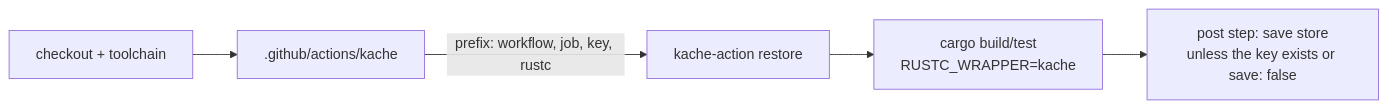
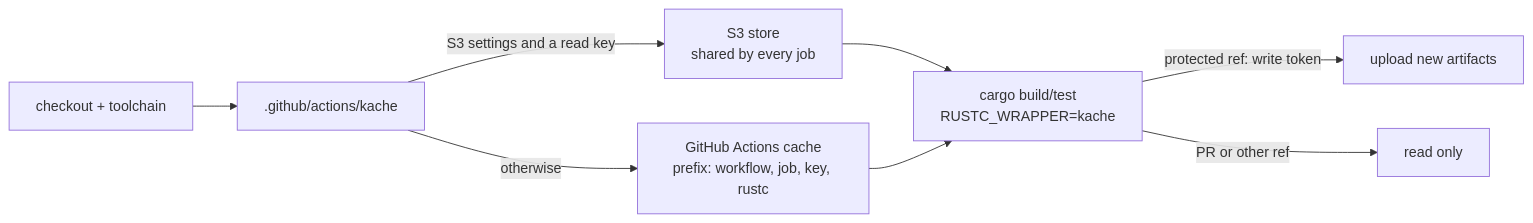
Before and after one commit to autumn-foundation/autumn: the diagram in docs/adr/0038-kache-build-cache.md, drawn with Mermaid. The commit also changed other lines of this file and 20 other files, not shown here.

First line of the commit message:
ci: use an S3 store for kache, written only from protected refs

````diff
--- a/docs/adr/0038-kache-build-cache.md
+++ b/docs/adr/0038-kache-build-cache.md
@@ -60,7 +77,10 @@
 ```mermaid
 flowchart LR
   A[checkout + toolchain] --> B[.github/actions/kache]
-  B -->|prefix: workflow, job, key, rustc| C[kache-action restore]
-  C --> D[cargo build/test<br/>RUSTC_WRAPPER=kache]
-  D --> E[post step: save store<br/>unless the key exists or save: false]
+  B -->|S3 settings and a read key| S[S3 store<br/>shared by every job]
+  B -->|otherwise| G[GitHub Actions cache<br/>prefix: workflow, job, key, rustc]
+  S --> D[cargo build/test<br/>RUSTC_WRAPPER=kache]
+  G --> D
+  D -->|protected ref: write token| U[upload new artifacts]
+  D -->|PR or other ref| R[read only]
 ```
````
